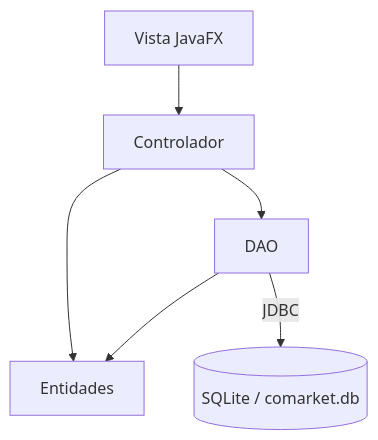
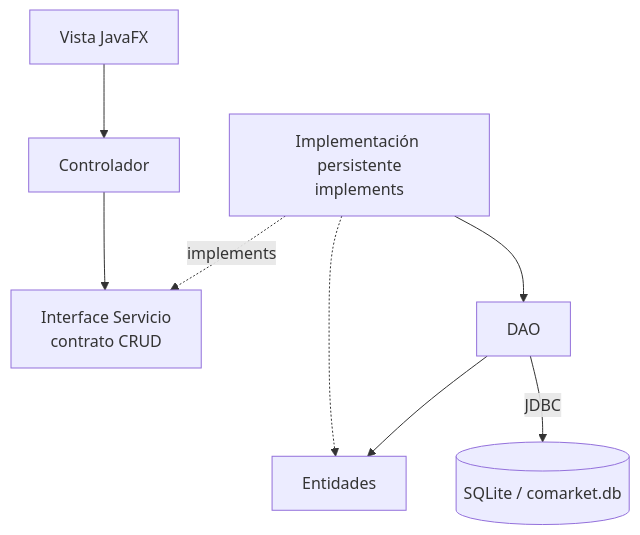
Before and after one commit to 262poo/comarket: the diagram in docs/S10_DAO_CRUD_GUI.md, drawn with Mermaid. The commit also changed other lines of this file and 6 other files, not shown here.

````diff
--- a/docs/S10_DAO_CRUD_GUI.md
+++ b/docs/S10_DAO_CRUD_GUI.md
@@ -49,14 +51,18 @@
 ```mermaid
 flowchart TB
     Vista["Vista JavaFX"]
     Controlador["Controlador"]
+    Contrato["Interface Servicio<br/>contrato CRUD"]
+    Servicio["Implementación persistente<br/>implements"]
     Entidades["Entidades"]
     DAO["DAO"]
     SQLite[("SQLite / comarket.db")]
 
     Vista --> Controlador
-    Controlador --> Entidades
-    Controlador --> DAO
+    Controlador --> Contrato
+    Servicio -. implements .-> Contrato
+    Servicio -.-> Entidades
+    Servicio --> DAO
     DAO --> Entidades
     DAO -->|"JDBC"| SQLite
 ```
````
